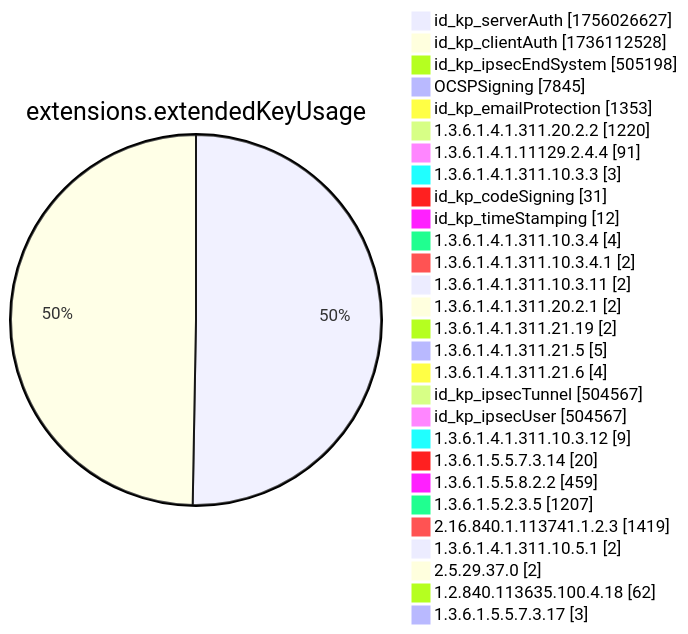
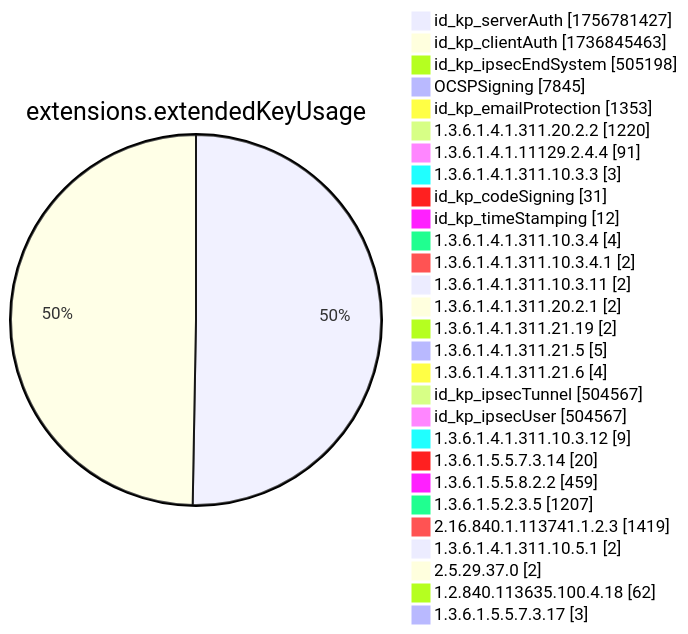
One commit to christiankrug/ctmonitor_visualization changed diagram 12 of 15 in xenon2022/README.md. Above: the diagram before and after it, drawn with Mermaid. The commit also changed other lines of this file, not shown here.

````diff
--- a/xenon2022/README.md
+++ b/xenon2022/README.md
@@ -3892,32 +3892,32 @@
 ```mermaid
 pie showData
 title extensions.extendedKeyUsage
-"id_kp_serverAuth" :1756026627
-"id_kp_clientAuth" :1736112528
+"id_kp_serverAuth" :1756781427
+"id_kp_clientAuth" :1736845463
 "id_kp_ipsecEndSystem" :505198
 "OCSPSigning" :7845
 "id_kp_emailProtection" :1353
 "1.3.6.1.4.1.311.20.2.2" :1220
 "1.3.6.1.4.1.11129.2.4.4" :91
 "1.3.6.1.4.1.311.10.3.3" :3
 "id_kp_codeSigning" :31
 "id_kp_timeStamping" :12
 "1.3.6.1.4.1.311.10.3.4" :4
 "1.3.6.1.4.1.311.10.3.4.1" :2
 "1.3.6.1.4.1.311.10.3.11" :2
 "1.3.6.1.4.1.311.20.2.1" :2
 "1.3.6.1.4.1.311.21.19" :2
 "1.3.6.1.4.1.311.21.5" :5
 "1.3.6.1.4.1.311.21.6" :4
 "id_kp_ipsecTunnel" :504567
 "id_kp_ipsecUser" :504567
 "1.3.6.1.4.1.311.10.3.12" :9
 "1.3.6.1.5.5.7.3.14" :20
 "1.3.6.1.5.5.8.2.2" :459
 "1.3.6.1.5.2.3.5" :1207
 "2.16.840.1.113741.1.2.3" :1419
 "1.3.6.1.4.1.311.10.5.1" :2
 "2.5.29.37.0" :2
 "1.2.840.113635.100.4.18" :62
 "1.3.6.1.5.5.7.3.17" :3
 ```
````
